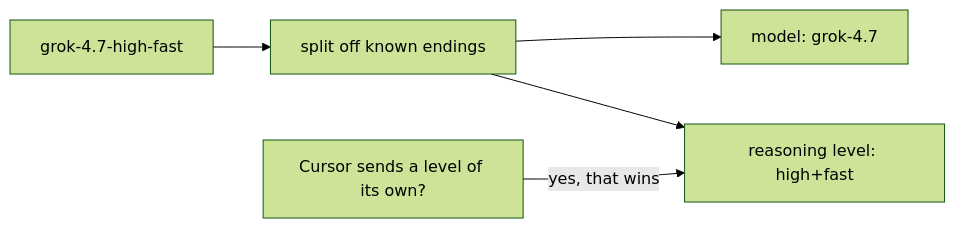
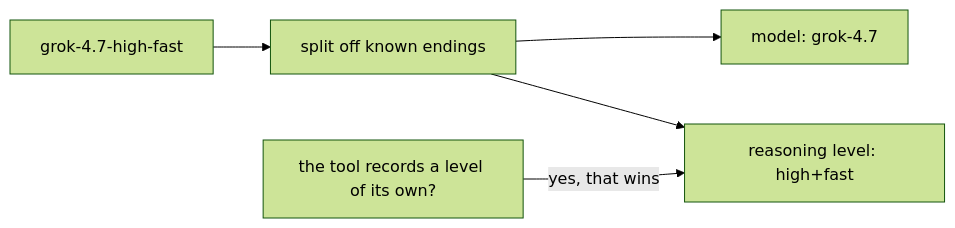
Diagram 15 of 19 in docs/HOW-IT-WORKS.md (BleedingDev/dx-feature-tracker), drawn with Mermaid (forest theme) before and after one commit. The commit also changed other lines of this file and 3 other files, not shown here.

````diff
--- a/docs/HOW-IT-WORKS.md
+++ b/docs/HOW-IT-WORKS.md
@@ -416,7 +438,7 @@
 ```mermaid
 flowchart LR
     N["grok-4.7-high-fast"] --> S["split off known endings"]
     S --> M["model: grok-4.7"]
     S --> L["reasoning level: high+fast"]
-    Q["Cursor sends a level of its own?"] -->|yes, that wins| L
+    Q["the tool records a level of its own?"] -->|yes, that wins| L
 ```
````
